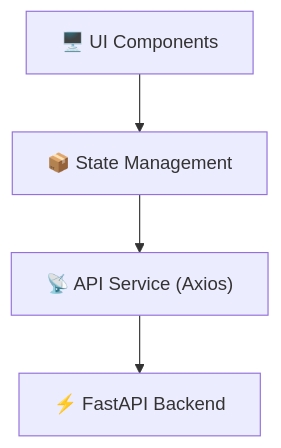
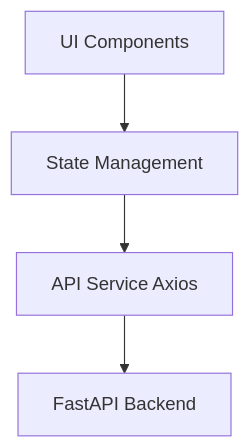
The fifth of 5 diagrams in README.md (aidilsaputrakirsan-classroom/cc-kelompok-a-suksesss), drawn with Mermaid before and after one commit. The commit also changed other lines of this file, not shown here.

````diff
--- a/README.md
+++ b/README.md
@@ -159,6 +159,6 @@
 ```mermaid
 graph TD
-    UI["🖥️ UI Components"] --> State["📦 State Management"]
-    State --> API["📡 API Service (Axios)"]
-    API --> Backend["⚡ FastAPI Backend"]
+    UI[UI Components] --> State[State Management]
+    State --> API[API Service Axios]
+    API --> Backend[FastAPI Backend]
 ```
````
